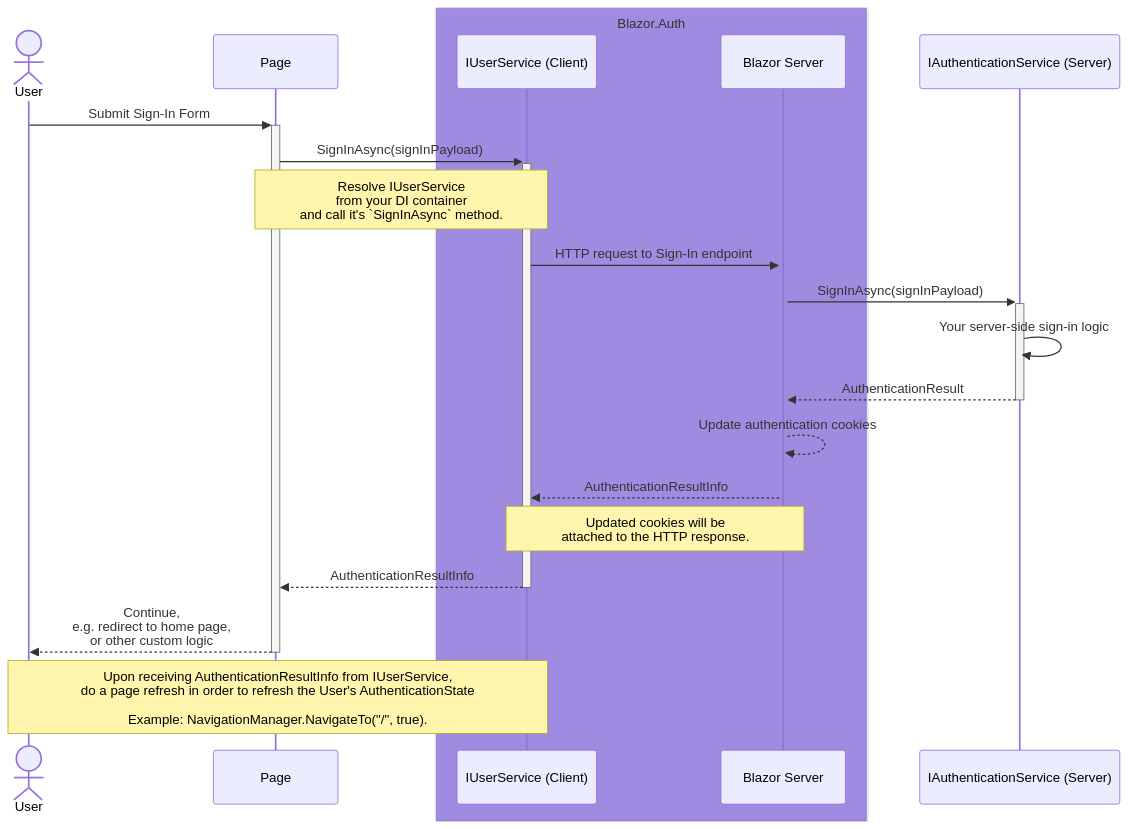
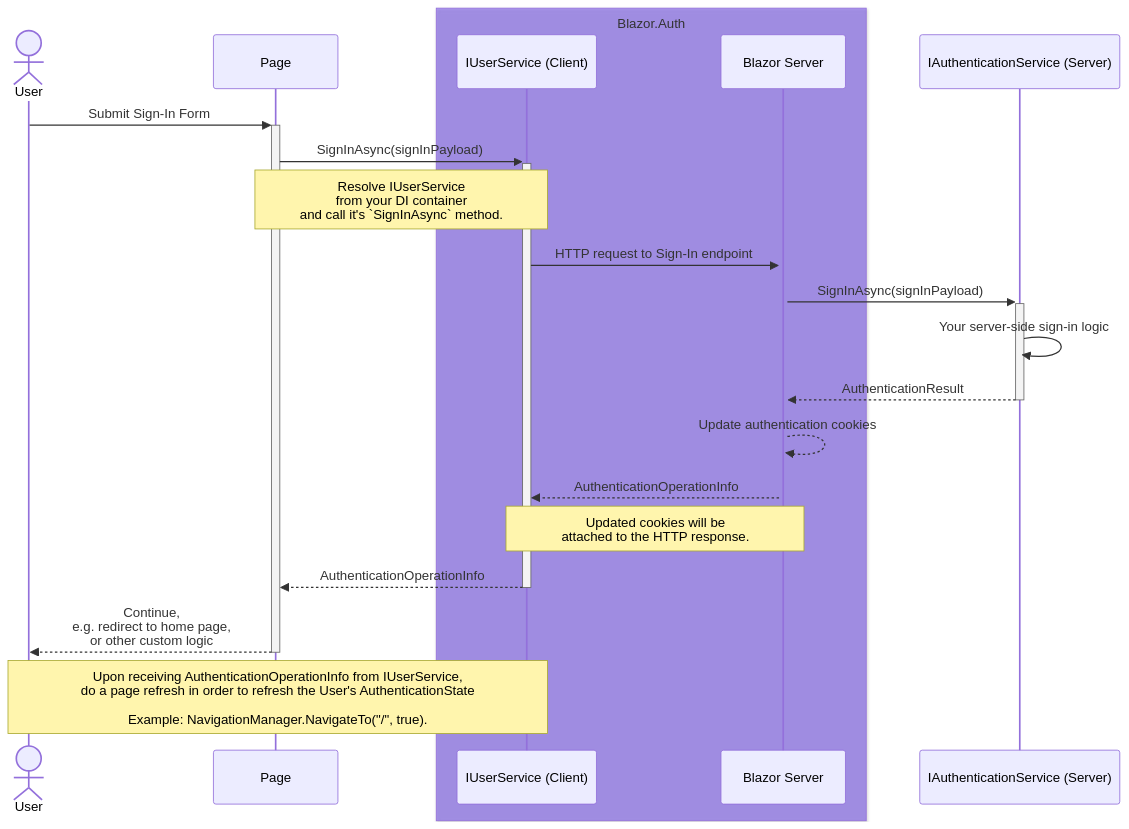
The first of 3 diagrams in docs/src/04.use-cases/02.interactive-webassembly.md (BitzArt/Blazor.Auth), drawn with Mermaid before and after one commit. The commit also changed other lines of this file and 10 other files, not shown here.

Commit message:
Rename AuthenticationResultInfo -> AuthenticationOperationInfo

````diff
--- a/docs/src/04.use-cases/02.interactive-webassembly.md
+++ b/docs/src/04.use-cases/02.interactive-webassembly.md
@@ -9,32 +9,32 @@
 ```mermaid
 sequenceDiagram
 
 actor user as User
 participant page as Page
 
 box rgba(101, 63, 232, 0.5) Blazor.Auth
 participant userServiceClient as IUserService (Client)
 participant userServiceServer as Blazor Server
 end
 
 participant authService as IAuthenticationService (Server)
 
 user ->>+ page: Submit Sign-In Form
 page ->>+ userServiceClient: SignInAsync(signInPayload)
 note over page,userServiceClient: Resolve IUserService <br/> from your DI container<br/> and call it's `SignInAsync` method.
 userServiceClient ->>+ userServiceServer: HTTP request to Sign-In endpoint
 
 userServiceServer ->>+ authService: SignInAsync(signInPayload)
 authService ->> authService: Your server-side sign-in logic
 
 authService -->>- userServiceServer: AuthenticationResult
 userServiceServer -->> userServiceServer: Update authentication cookies
-userServiceServer -->> userServiceClient: AuthenticationResultInfo
+userServiceServer -->> userServiceClient: AuthenticationOperationInfo
 
 note over userServiceClient,userServiceServer: Updated cookies will be<br/>attached to the HTTP response.
 
-userServiceClient -->>- page: AuthenticationResultInfo
+userServiceClient -->>- page: AuthenticationOperationInfo
 page -->>- user: Continue, <br/> e.g. redirect to home page, <br/> or other custom logic
 
-note over user,userServiceClient: Upon receiving AuthenticationResultInfo from IUserService, <br/> do a page refresh in order to refresh the User's AuthenticationState<br/><br/> Example: NavigationManager.NavigateTo("/", true).
+note over user,userServiceClient: Upon receiving AuthenticationOperationInfo from IUserService, <br/> do a page refresh in order to refresh the User's AuthenticationState<br/><br/> Example: NavigationManager.NavigateTo("/", true).
 ```
````
